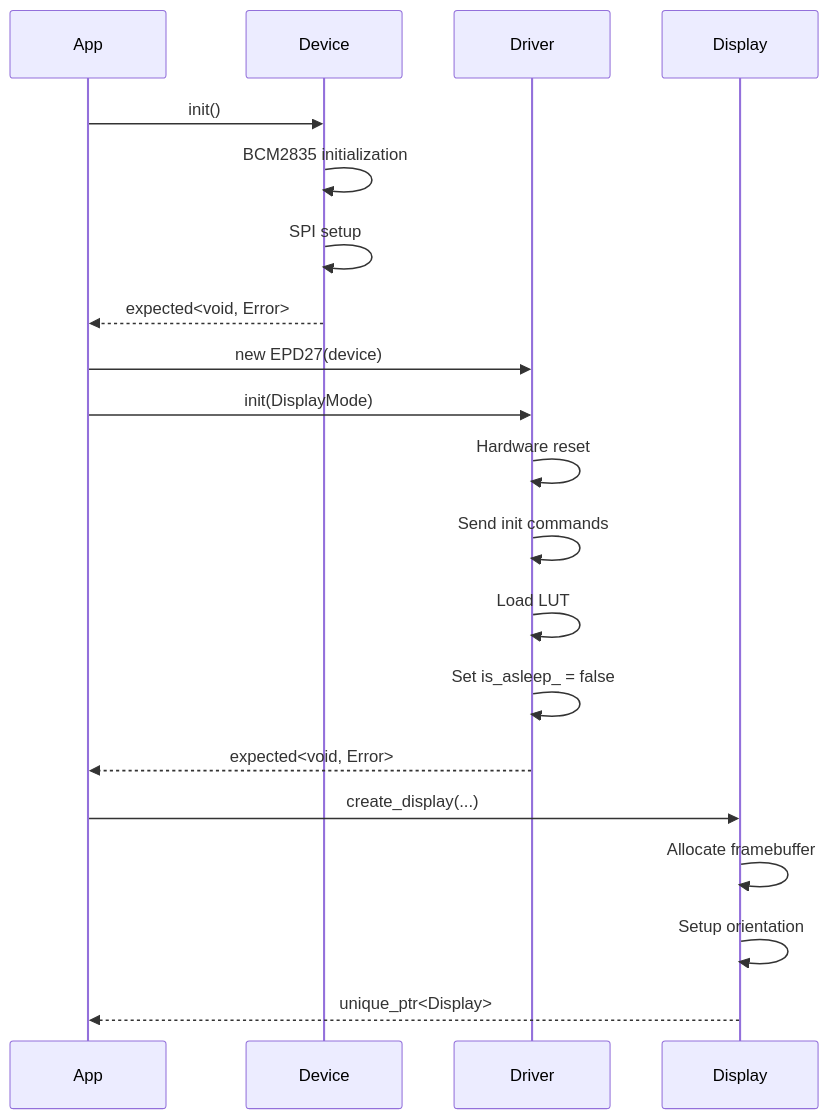
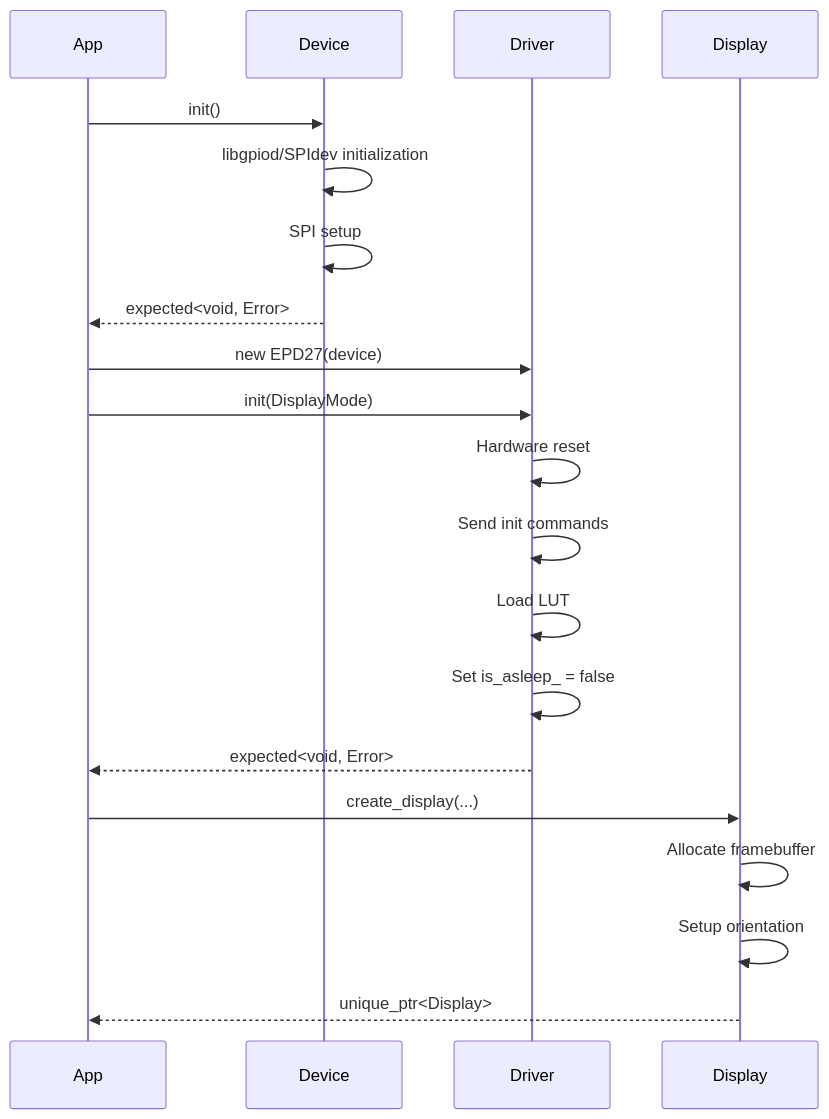
The ninth of 12 diagrams in docs/ARCHITECTURE.md (johanns/libepaper), drawn with Mermaid before and after one commit. The commit also changed other lines of this file and 18 other files, not shown here.

First line of the commit message:
refactor: migrate from BCM2835 to libgpiod and SPIdev for GPIO/SPI access

````diff
--- a/docs/ARCHITECTURE.md
+++ b/docs/ARCHITECTURE.md
@@ -427,25 +429,25 @@
 ```mermaid
 sequenceDiagram
     participant App
     participant Device
     participant Driver
     participant Display
 
     App->>Device: init()
-    Device->>Device: BCM2835 initialization
+    Device->>Device: libgpiod/SPIdev initialization
     Device->>Device: SPI setup
     Device-->>App: expected<void, Error>
 
     App->>Driver: new EPD27(device)
     App->>Driver: init(DisplayMode)
     Driver->>Driver: Hardware reset
     Driver->>Driver: Send init commands
     Driver->>Driver: Load LUT
     Driver->>Driver: Set is_asleep_ = false
     Driver-->>App: expected<void, Error>
 
     App->>Display: create_display(...)
     Display->>Display: Allocate framebuffer
     Display->>Display: Setup orientation
     Display-->>App: unique_ptr<Display>
 ```
````
